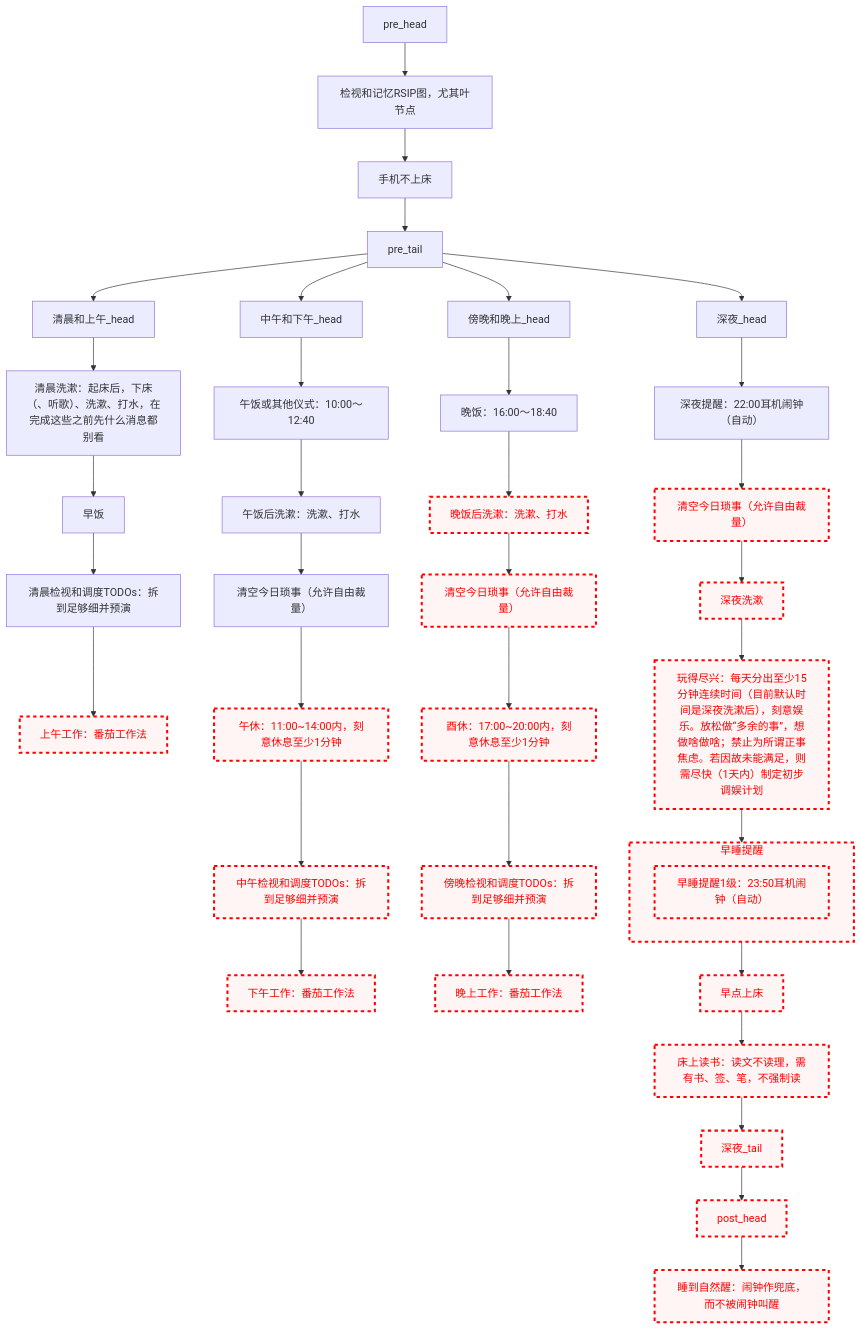
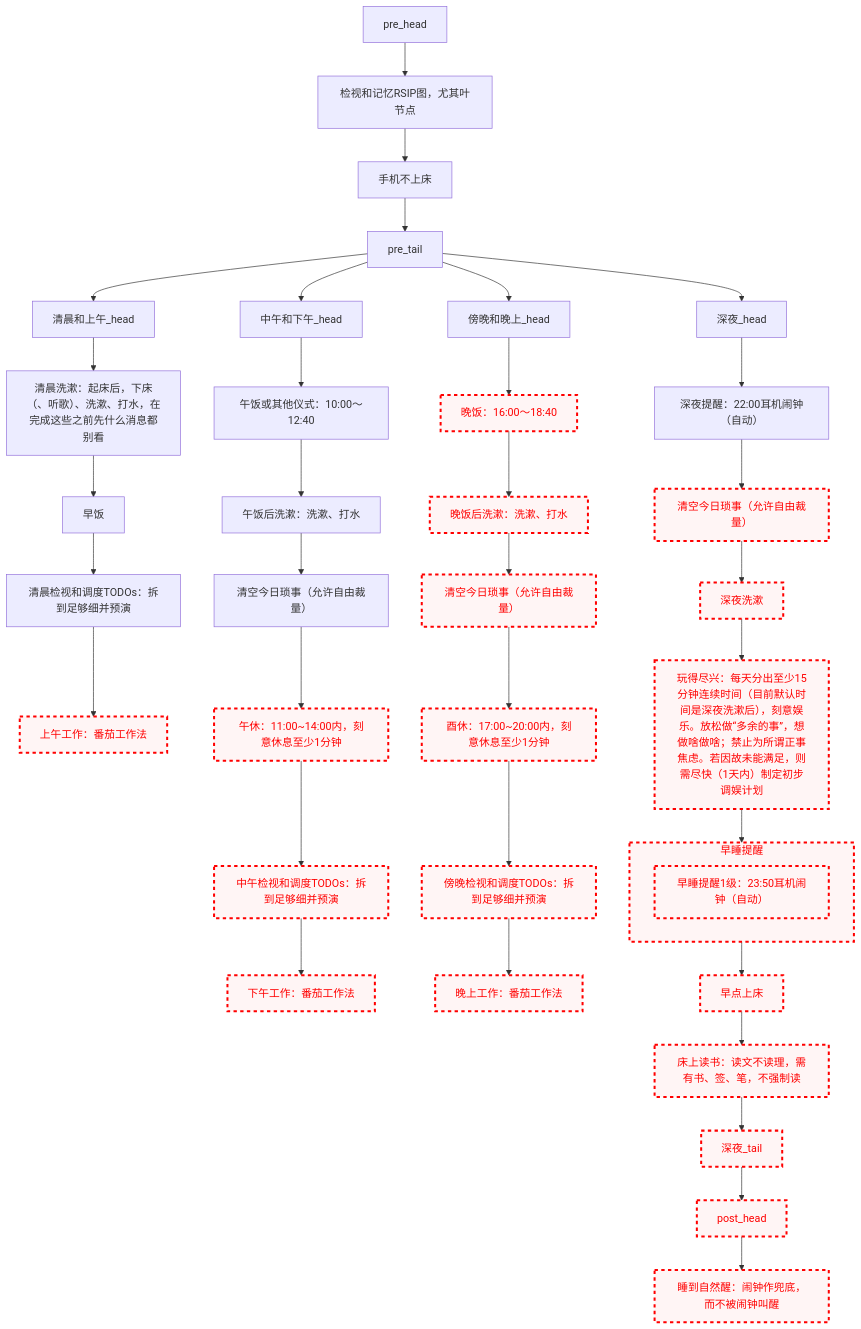
Before and after one commit to Ethkuil/RSIP-tree: the diagram in README.md, drawn with Mermaid.

Commit message:
disable 晚饭

````diff
--- a/README.md
+++ b/README.md
@@ -21,69 +21,70 @@
 ```mermaid
 graph TD
 
 classDef failed stroke:#ff0000, stroke-width:3px, color:#ff0000, fill:#fff5f5, stroke-dasharray: 5
 
 pre_head --> RSIP[检视和记忆RSIP图，尤其叶节点]
 RSIP --> 手机不上床
 手机不上床 --> pre_tail
 
 
 pre_tail --> 清晨和上午_head
 清晨和上午_head --> 清晨洗漱
 清晨洗漱[清晨洗漱：起床后，下床（、听歌）、洗漱、打水，在完成这些之前先什么消息都别看]
 清晨洗漱 --> 早饭
 早饭 --> 清晨看TODO[清晨检视和调度TODOs：拆到足够细并预演]
 清晨看TODO --> 上午工作[上午工作：番茄工作法]
 class 上午工作 failed
 
 pre_tail --> 中午和下午_head
 中午和下午_head --> 午饭[午饭或其他仪式：10:00～12:40]
 午饭 --> 午饭后洗漱[午饭后洗漱：洗漱、打水]
 午饭后洗漱 --> 中午今日琐事[清空今日琐事（允许自由裁量）]
 中午今日琐事 --> 午休[午休：11:00~14:00内，刻意休息至少1分钟]
 class 午休 failed
 午休 --> 中午看TODO[中午检视和调度TODOs：拆到足够细并预演]
 class 中午看TODO failed
 中午看TODO --> 下午工作[下午工作：番茄工作法]
 class 下午工作 failed
 
 pre_tail --> 傍晚和晚上_head
 傍晚和晚上_head --> 晚饭[晚饭：16:00～18:40]
+class 晚饭 failed
 晚饭 --> 晚饭后洗漱[晚饭后洗漱：洗漱、打水]
 class 晚饭后洗漱 failed
 晚饭后洗漱 --> 傍晚今日琐事[清空今日琐事（允许自由裁量）]
 class 傍晚今日琐事 failed
 傍晚今日琐事 --> 酉休[酉休：17:00~20:00内，刻意休息至少1分钟]
 class 酉休 failed
 酉休 --> 傍晚看TODO[傍晚检视和调度TODOs：拆到足够细并预演]
 class 傍晚看TODO failed
 傍晚看TODO --> 晚上工作[晚上工作：番茄工作法]
 class 晚上工作 failed
 
 pre_tail --> 深夜_head
 深夜_head --> 深夜提醒[深夜提醒：22:00耳机闹钟（自动）]
 深夜提醒 --> 深夜今日琐事[清空今日琐事（允许自由裁量）]
 class 深夜今日琐事 failed
 深夜今日琐事 --> 深夜洗漱
 class 深夜洗漱 failed
 深夜洗漱 --> 玩得尽兴[玩得尽兴：每天分出至少15分钟连续时间（目前默认时间是深夜洗漱后），刻意娱乐。放松做“多余的事”，想做啥做啥；禁止为所谓正事焦虑。若因故未能满足，则需尽快（1天内）制定初步调娱计划]
 class 玩得尽兴 failed
 玩得尽兴 --> 早睡提醒
 subgraph 早睡提醒
   早睡提醒1级[早睡提醒1级：23:50耳机闹钟（自动）]
   class 早睡提醒1级 failed
 end
 class 早睡提醒 failed
 早睡提醒 --> 早点上床
 class 早点上床 failed
 早点上床 --> 床上读书[床上读书：读文不读理，需有书、签、笔，不强制读]
 class 床上读书 failed
 床上读书 --> 深夜_tail
 class 深夜_tail failed
 
 
 深夜_tail --> post_head
 class post_head failed
 post_head --> 睡到自然醒[睡到自然醒：闹钟作兜底，而不被闹钟叫醒]
 class 睡到自然醒 failed
 ```
````
